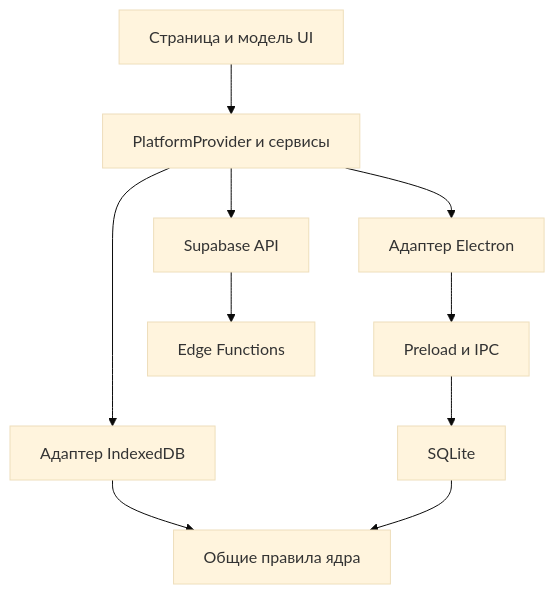
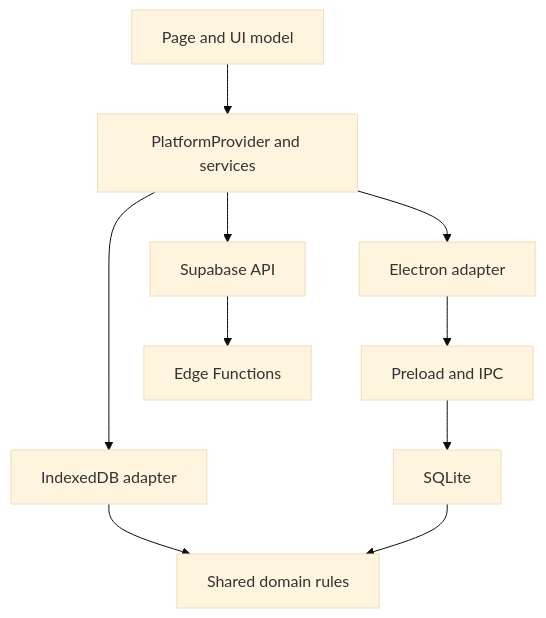
The diagram in docs/architecture.md (rorimark/LioraLang), drawn with Mermaid (base theme) before and after one commit. The commit also changed other lines of this file and 101 other files, not shown here.

````diff
--- a/docs/architecture.md
+++ b/docs/architecture.md
@@ -42,12 +44,12 @@
 ```mermaid
 flowchart TD
-  UI[Страница и модель UI] --> Services[PlatformProvider и сервисы]
-  Services --> Web[Адаптер IndexedDB]
-  Services --> Desktop[Адаптер Electron]
-  Desktop --> IPC[Preload и IPC]
+  UI[Page and UI model] --> Services[PlatformProvider and services]
+  Services --> Web[IndexedDB adapter]
+  Services --> Desktop[Electron adapter]
+  Desktop --> IPC[Preload and IPC]
   IPC --> SQLite[SQLite]
-  Web --> Core[Общие правила ядра]
+  Web --> Core[Shared domain rules]
   SQLite --> Core
   Services --> Online[Supabase API]
   Online --> Functions[Edge Functions]
 ```
````
